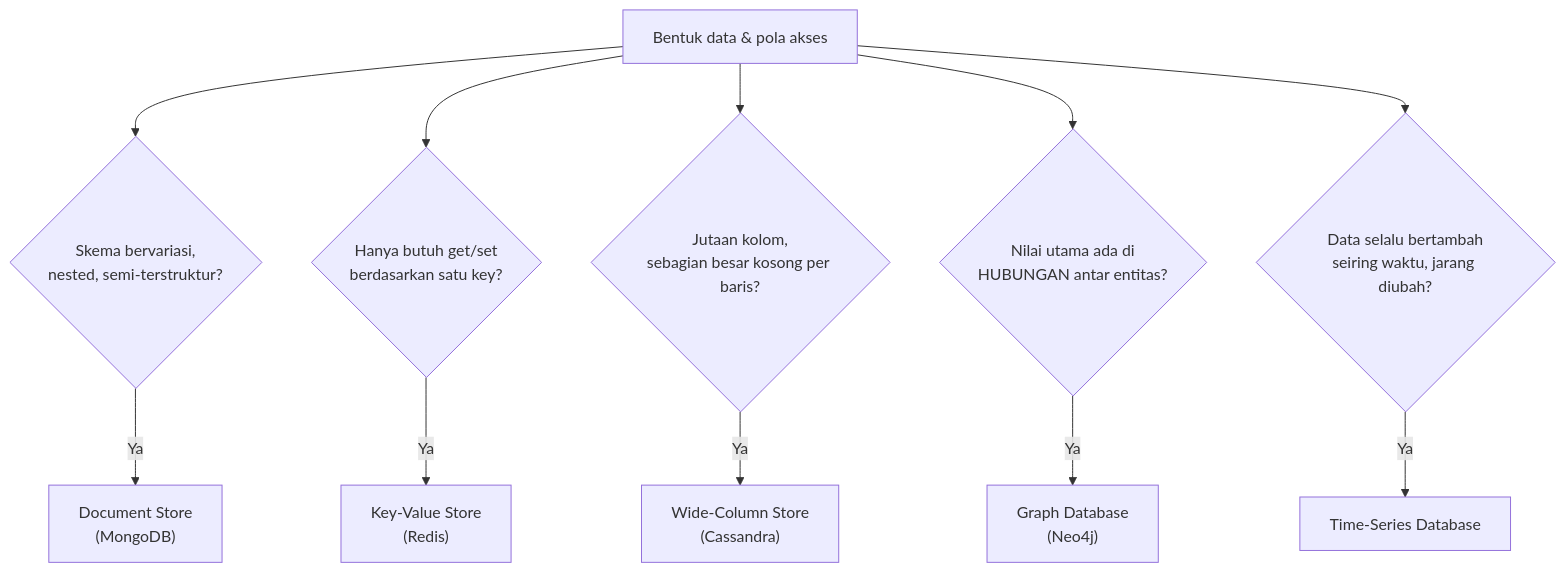
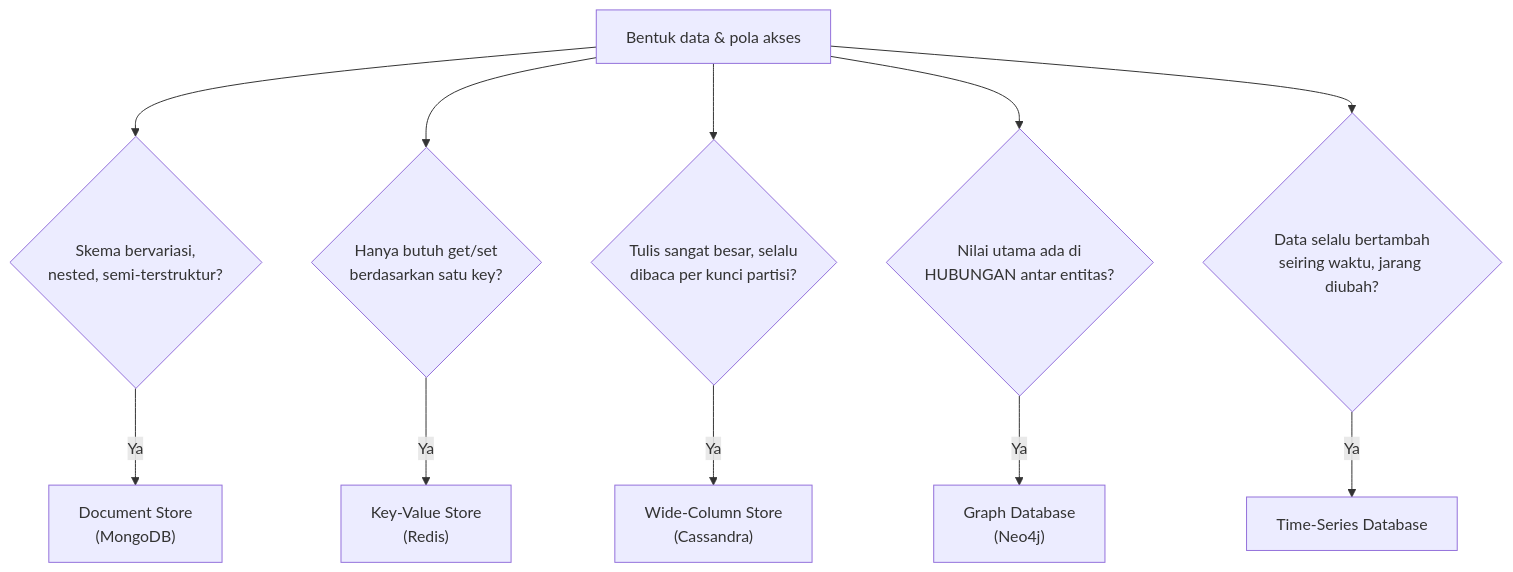
The diagram in 40 Databases/Beyond Relational - Document, Key-Value, Wide-Column, Graph, and Time-Series Stores.md (firmanains/backend-engineering-vault), drawn with Mermaid before and after one commit. The commit also changed other lines of this file and 172 other files, not shown here.

````diff
--- a/40 Databases/Beyond Relational - Document, Key-Value, Wide-Column, Graph, and Time-Series Stores.md
+++ b/40 Databases/Beyond Relational - Document, Key-Value, Wide-Column, Graph, and Time-Series Stores.md
@@ -39,13 +39,13 @@
 ```mermaid
 flowchart TD
     A["Bentuk data & pola akses"] --> B{"Skema bervariasi,\nnested, semi-terstruktur?"}
     B -->|Ya| Doc["Document Store\n(MongoDB)"]
     A --> C{"Hanya butuh get/set\nberdasarkan satu key?"}
     C -->|Ya| KV["Key-Value Store\n(Redis)"]
-    A --> D{"Jutaan kolom,\nsebagian besar kosong per baris?"}
+    A --> D{"Tulis sangat besar, selalu\ndibaca per kunci partisi?"}
     D -->|Ya| WC["Wide-Column Store\n(Cassandra)"]
     A --> E{"Nilai utama ada di\nHUBUNGAN antar entitas?"}
     E -->|Ya| Graph["Graph Database\n(Neo4j)"]
     A --> F{"Data selalu bertambah\nseiring waktu, jarang diubah?"}
     F -->|Ya| TS["Time-Series Database"]
 ```
````
